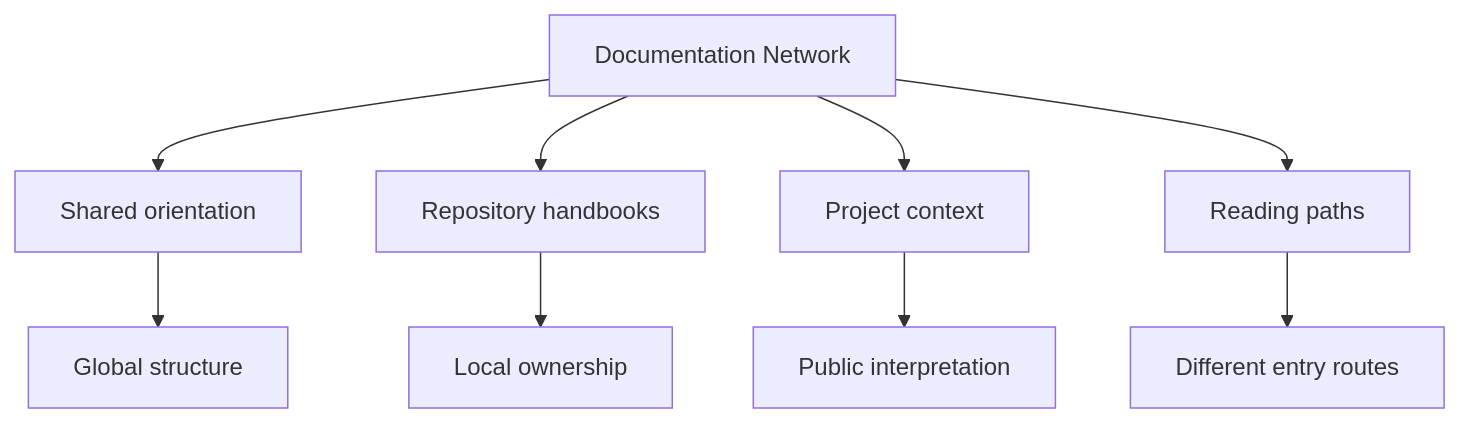
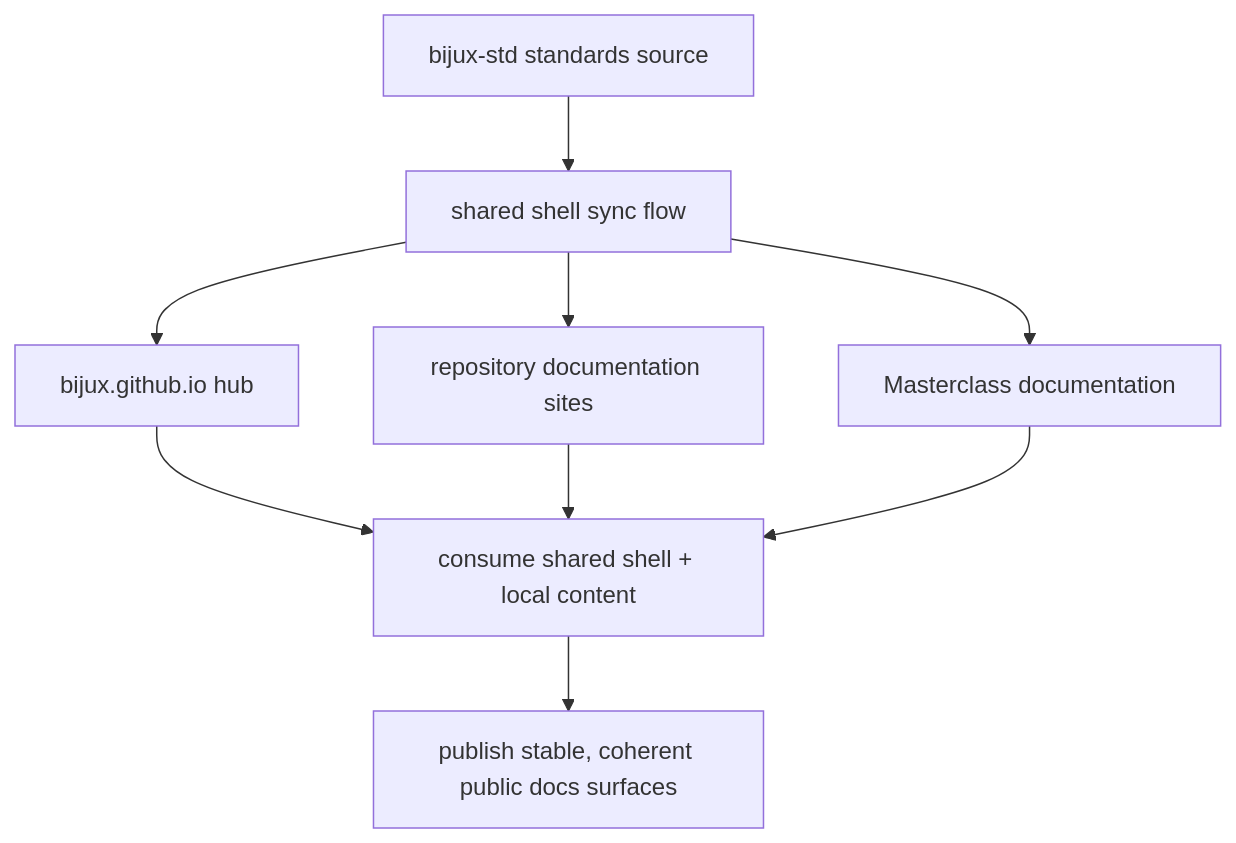
One commit to bijux/bijux.github.io changed the diagram in docs/platform/documentation-network.md. Above: the diagram before and after it, drawn with Mermaid. The commit also changed other lines of this file, not shown here.

Commit message:
docs(documentation-network): add source-sync-consume-publish flow

````diff
--- a/docs/platform/documentation-network.md
+++ b/docs/platform/documentation-network.md
@@ -25,12 +25,13 @@
 ```mermaid
 graph TD
-    network["Documentation Network"] --> orientation["Shared orientation"]
-    network --> handbooks["Repository handbooks"]
-    network --> context["Project context"]
-    network --> paths["Reading paths"]
+    source["bijux-std standards source"] --> sync["shared shell sync flow"]
+    sync --> hub["bijux.github.io hub"]
+    sync --> repos["repository documentation sites"]
+    sync --> learning["Masterclass documentation"]
 
-    orientation --> global["Global structure"]
-    handbooks --> local["Local ownership"]
-    context --> interpretation["Public interpretation"]
-    paths --> entry["Different entry routes"]
+    hub --> consume["consume shared shell + local content"]
+    repos --> consume
+    learning --> consume
+
+    consume --> publish["publish stable, coherent public docs surfaces"]
 ```
````
